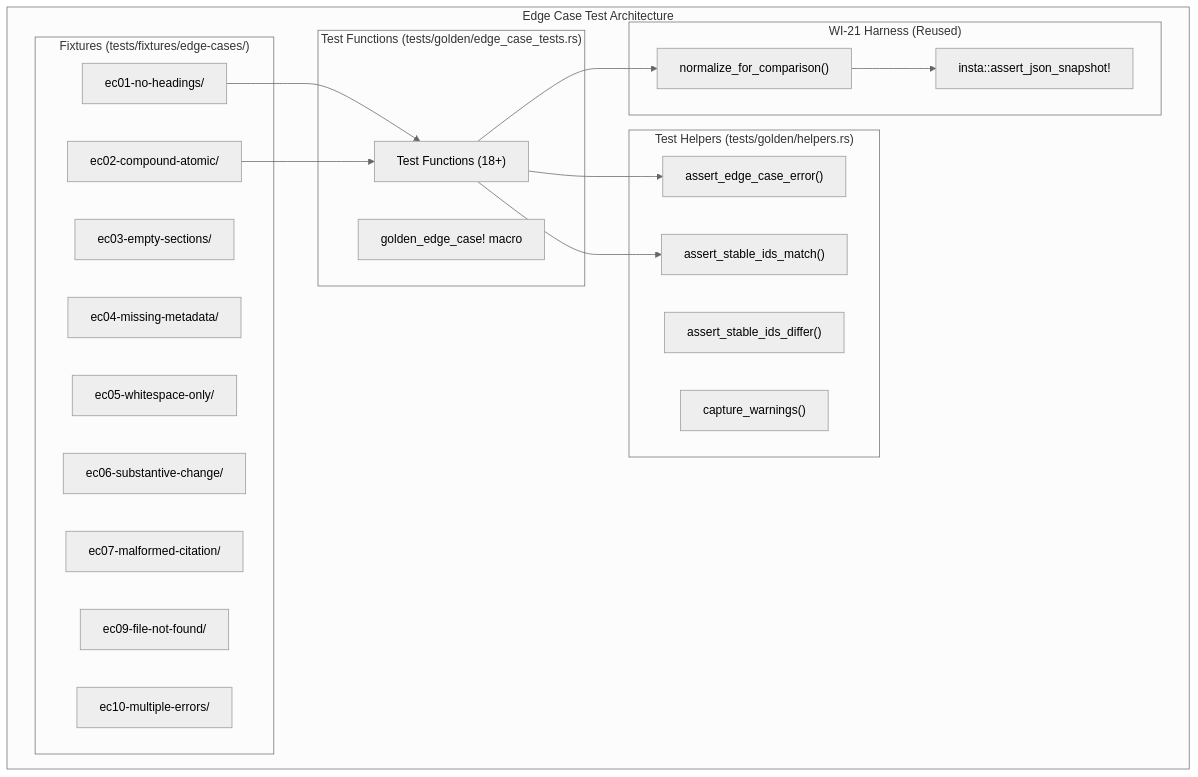
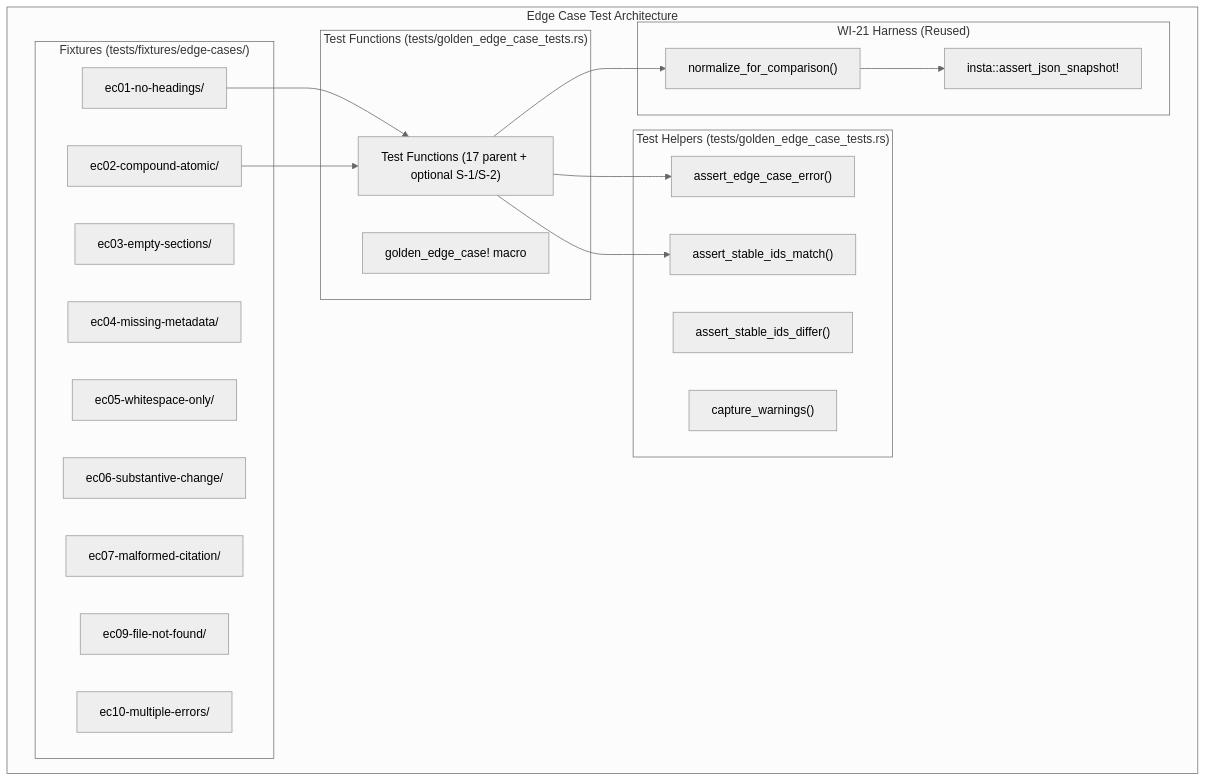
One commit to policy-forge/forge changed the fifth of 6 diagrams in docs/AR/022-ar-golden-file-edge-cases.md. Above: the diagram before and after it, drawn with Mermaid (neutral theme). The commit also changed other lines of this file and 50 other files, not shown here.

First line of the commit message:
feat(WI-22): add edge-case golden-file coverage and artifacts

````diff
--- a/docs/AR/022-ar-golden-file-edge-cases.md
+++ b/docs/AR/022-ar-golden-file-edge-cases.md
@@ -272,40 +275,40 @@
 ```mermaid
 graph TD
     subgraph "Edge Case Test Architecture"
         subgraph "Fixtures (tests/fixtures/edge-cases/)"
             EC01[ec01-no-headings/]
             EC02[ec02-compound-atomic/]
             EC03[ec03-empty-sections/]
             EC04[ec04-missing-metadata/]
             EC05[ec05-whitespace-only/]
             EC06[ec06-substantive-change/]
             EC07[ec07-malformed-citation/]
             EC09[ec09-file-not-found/]
             EC10[ec10-multiple-errors/]
         end
 
-        subgraph "Test Helpers (tests/golden/helpers.rs)"
+        subgraph "Test Helpers (tests/golden_edge_case_tests.rs)"
             AEE["assert_edge_case_error()"]
             AID["assert_stable_ids_match()"]
             ADF["assert_stable_ids_differ()"]
             AWN["capture_warnings()"]
         end
 
-        subgraph "Test Functions (tests/golden/edge_case_tests.rs)"
+        subgraph "Test Functions (tests/golden_edge_case_tests.rs)"
             MAC["golden_edge_case! macro"]
-            TF["Test Functions (18+)"]
+            TF["Test Functions (17 parent + optional S-1/S-2)"]
         end
 
         subgraph "WI-21 Harness (Reused)"
             NORM["normalize_for_comparison()"]
             INSTA["insta::assert_json_snapshot!"]
         end
 
         EC01 --> TF
         EC02 --> TF
         TF --> AEE
         TF --> AID
         TF --> NORM
         NORM --> INSTA
     end
 ```
````
